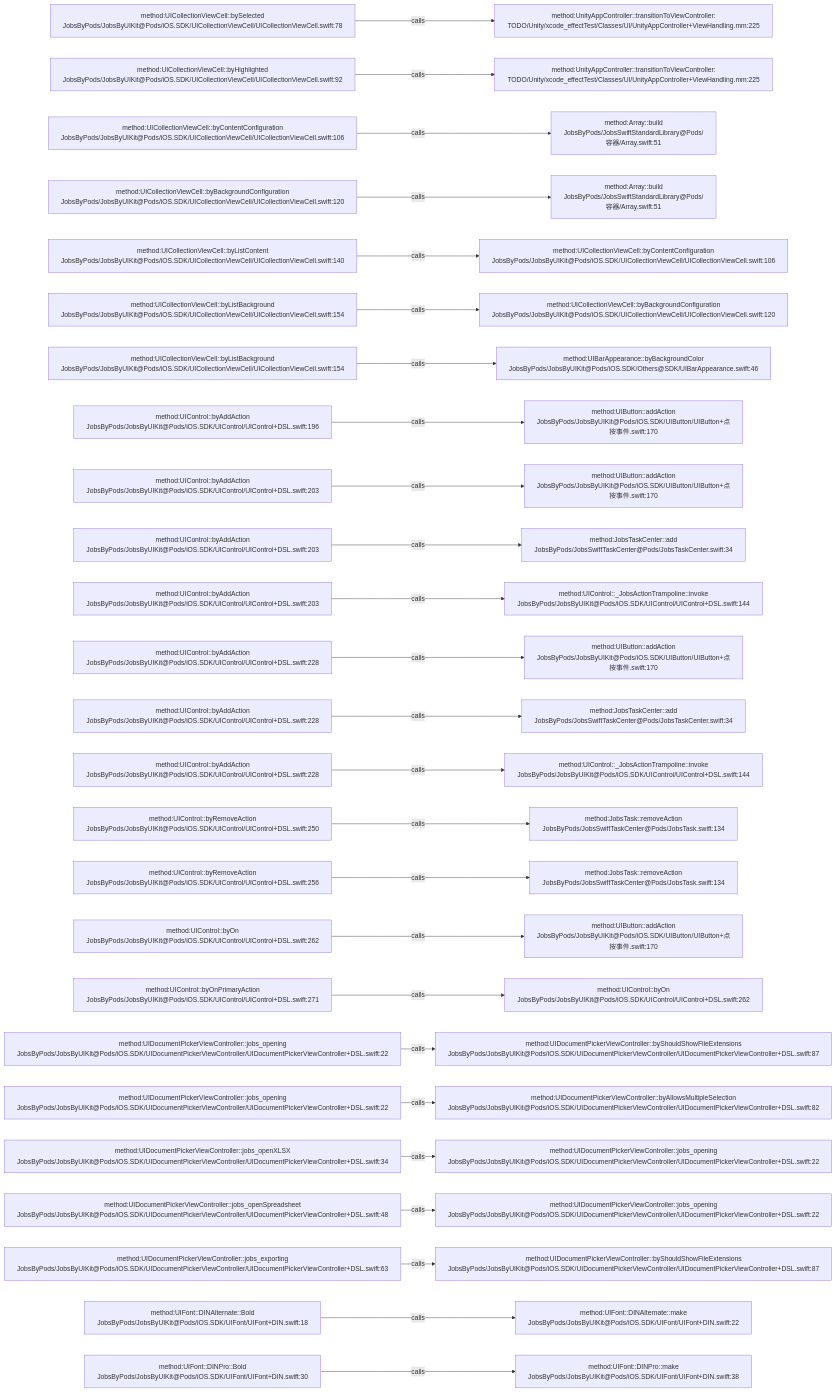
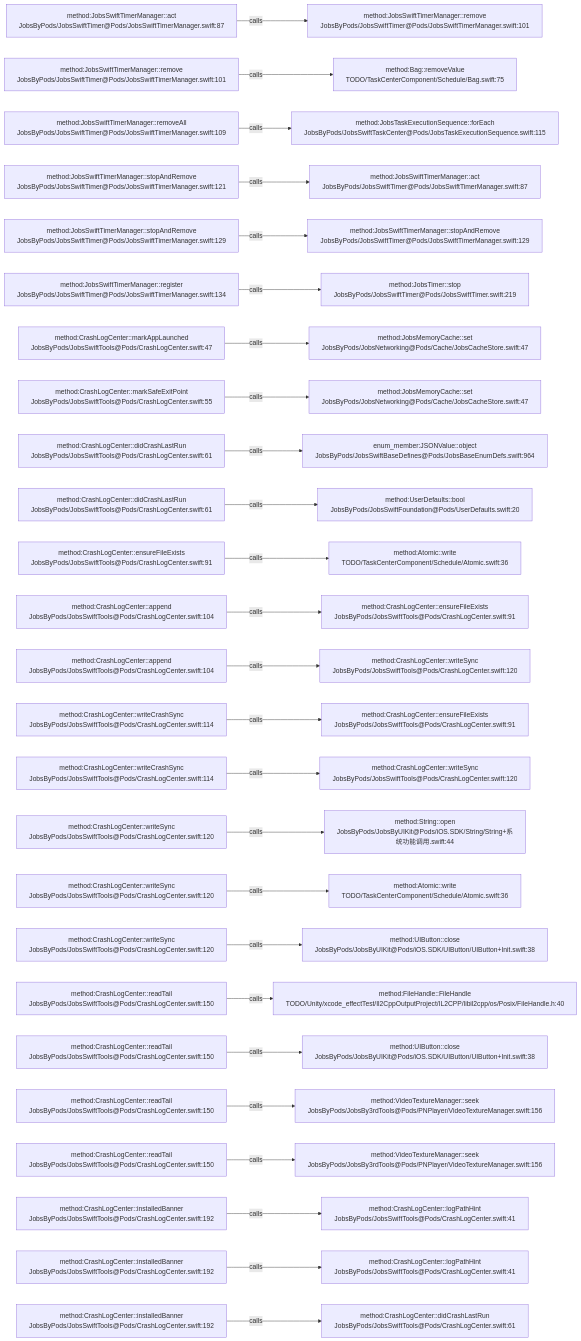
Before and after one commit to JobsKits/JobsSwiftBaseConfigDemo: the diagram in .codegraph/codegraph.md/graphs/calls-062.md, drawn with Mermaid. The commit also changed 569 other files, not shown here.

````diff
--- a/.codegraph/codegraph.md/graphs/calls-062.md
+++ b/.codegraph/codegraph.md/graphs/calls-062.md
@@ -13,78 +13,78 @@
 ```mermaid
 flowchart LR
-  S1["method:UICollectionViewCell::bySelected<br/>JobsByPods/JobsByUIKit@Pods/iOS.SDK/UICollectionViewCell/UICollectionViewCell.swift:78"]
-  T1["method:UnityAppController::transitionToViewController:<br/>TODO/Unity/xcode_effectTest/Classes/UI/UnityAppController+ViewHandling.mm:225"]
+  S1["method:JobsSwiftTimerManager::act<br/>JobsByPods/JobsSwiftTimer@Pods/JobsSwiftTimerManager.swift:87"]
+  T1["method:JobsSwiftTimerManager::remove<br/>JobsByPods/JobsSwiftTimer@Pods/JobsSwiftTimerManager.swift:101"]
   S1 -->|calls| T1
-  S2["method:UICollectionViewCell::byHighlighted<br/>JobsByPods/JobsByUIKit@Pods/iOS.SDK/UICollectionViewCell/UICollectionViewCell.swift:92"]
-  T2["method:UnityAppController::transitionToViewController:<br/>TODO/Unity/xcode_effectTest/Classes/UI/UnityAppController+ViewHandling.mm:225"]
+  S2["method:JobsSwiftTimerManager::remove<br/>JobsByPods/JobsSwiftTimer@Pods/JobsSwiftTimerManager.swift:101"]
+  T2["method:Bag::removeValue<br/>TODO/TaskCenterComponent/Schedule/Bag.swift:75"]
   S2 -->|calls| T2
-  S3["method:UICollectionViewCell::byContentConfiguration<br/>JobsByPods/JobsByUIKit@Pods/iOS.SDK/UICollectionViewCell/UICollectionViewCell.swift:106"]
-  T3["method:Array::build<br/>JobsByPods/JobsSwiftStandardLibrary@Pods/容器/Array.swift:51"]
+  S3["method:JobsSwiftTimerManager::removeAll<br/>JobsByPods/JobsSwiftTimer@Pods/JobsSwiftTimerManager.swift:109"]
+  T3["method:JobsTaskExecutionSequence::forEach<br/>JobsByPods/JobsSwiftTaskCenter@Pods/JobsTaskExecutionSequence.swift:115"]
   S3 -->|calls| T3
-  S4["method:UICollectionViewCell::byBackgroundConfiguration<br/>JobsByPods/JobsByUIKit@Pods/iOS.SDK/UICollectionViewCell/UICollectionViewCell.swift:120"]
-  T4["method:Array::build<br/>JobsByPods/JobsSwiftStandardLibrary@Pods/容器/Array.swift:51"]
+  S4["method:JobsSwiftTimerManager::stopAndRemove<br/>JobsByPods/JobsSwiftTimer@Pods/JobsSwiftTimerManager.swift:121"]
+  T4["method:JobsSwiftTimerManager::act<br/>JobsByPods/JobsSwiftTimer@Pods/JobsSwiftTimerManager.swift:87"]
   S4 -->|calls| T4
-  S5["method:UICollectionViewCell::byListContent<br/>JobsByPods/JobsByUIKit@Pods/iOS.SDK/UICollectionViewCell/UICollectionViewCell.swift:140"]
-  T5["method:UICollectionViewCell::byContentConfiguration<br/>JobsByPods/JobsByUIKit@Pods/iOS.SDK/UICollectionViewCell/UICollectionViewCell.swift:106"]
+  S5["method:JobsSwiftTimerManager::stopAndRemove<br/>JobsByPods/JobsSwiftTimer@Pods/JobsSwiftTimerManager.swift:129"]
+  T5["method:JobsSwiftTimerManager::stopAndRemove<br/>JobsByPods/JobsSwiftTimer@Pods/JobsSwiftTimerManager.swift:129"]
   S5 -->|calls| T5
-  S6["method:UICollectionViewCell::byListBackground<br/>JobsByPods/JobsByUIKit@Pods/iOS.SDK/UICollectionViewCell/UICollectionViewCell.swift:154"]
-  T6["method:UICollectionViewCell::byBackgroundConfiguration<br/>JobsByPods/JobsByUIKit@Pods/iOS.SDK/UICollectionViewCell/UICollectionViewCell.swift:120"]
+  S6["method:JobsSwiftTimerManager::register<br/>JobsByPods/JobsSwiftTimer@Pods/JobsSwiftTimerManager.swift:134"]
+  T6["method:JobsTimer::stop<br/>JobsByPods/JobsSwiftTimer@Pods/JobsSwiftTimer.swift:219"]
   S6 -->|calls| T6
-  S7["method:UICollectionViewCell::byListBackground<br/>JobsByPods/JobsByUIKit@Pods/iOS.SDK/UICollectionViewCell/UICollectionViewCell.swift:154"]
-  T7["method:UIBarAppearance::byBackgroundColor<br/>JobsByPods/JobsByUIKit@Pods/iOS.SDK/Others@SDK/UIBarAppearance.swift:46"]
+  S7["method:CrashLogCenter::markAppLaunched<br/>JobsByPods/JobsSwiftTools@Pods/CrashLogCenter.swift:47"]
+  T7["method:JobsMemoryCache::set<br/>JobsByPods/JobsNetworking@Pods/Cache/JobsCacheStore.swift:47"]
   S7 -->|calls| T7
-  S8["method:UIControl::byAddAction<br/>JobsByPods/JobsByUIKit@Pods/iOS.SDK/UIControl/UIControl+DSL.swift:196"]
-  T8["method:UIButton::addAction<br/>JobsByPods/JobsByUIKit@Pods/iOS.SDK/UIButton/UIButton+点按事件.swift:170"]
+  S8["method:CrashLogCenter::markSafeExitPoint<br/>JobsByPods/JobsSwiftTools@Pods/CrashLogCenter.swift:55"]
+  T8["method:JobsMemoryCache::set<br/>JobsByPods/JobsNetworking@Pods/Cache/JobsCacheStore.swift:47"]
   S8 -->|calls| T8
-  S9["method:UIControl::byAddAction<br/>JobsByPods/JobsByUIKit@Pods/iOS.SDK/UIControl/UIControl+DSL.swift:203"]
-  T9["method:UIButton::addAction<br/>JobsByPods/JobsByUIKit@Pods/iOS.SDK/UIButton/UIButton+点按事件.swift:170"]
+  S9["method:CrashLogCenter::didCrashLastRun<br/>JobsByPods/JobsSwiftTools@Pods/CrashLogCenter.swift:61"]
+  T9["enum_member:JSONValue::object<br/>JobsByPods/JobsSwiftBaseDefines@Pods/JobsBaseEnumDefs.swift:964"]
   S9 -->|calls| T9
-  S10["method:UIControl::byAddAction<br/>JobsByPods/JobsByUIKit@Pods/iOS.SDK/UIControl/UIControl+DSL.swift:203"]
-  T10["method:JobsTaskCenter::add<br/>JobsByPods/JobsSwiftTaskCenter@Pods/JobsTaskCenter.swift:34"]
+  S10["method:CrashLogCenter::didCrashLastRun<br/>JobsByPods/JobsSwiftTools@Pods/CrashLogCenter.swift:61"]
+  T10["method:UserDefaults::bool<br/>JobsByPods/JobsSwiftFoundation@Pods/UserDefaults.swift:20"]
   S10 -->|calls| T10
-  S11["method:UIControl::byAddAction<br/>JobsByPods/JobsByUIKit@Pods/iOS.SDK/UIControl/UIControl+DSL.swift:203"]
-  T11["method:UIControl::_JobsActionTrampoline::invoke<br/>JobsByPods/JobsByUIKit@Pods/iOS.SDK/UIControl/UIControl+DSL.swift:144"]
+  S11["method:CrashLogCenter::ensureFileExists<br/>JobsByPods/JobsSwiftTools@Pods/CrashLogCenter.swift:91"]
+  T11["method:Atomic::write<br/>TODO/TaskCenterComponent/Schedule/Atomic.swift:36"]
   S11 -->|calls| T11
-  S12["method:UIControl::byAddAction<br/>JobsByPods/JobsByUIKit@Pods/iOS.SDK/UIControl/UIControl+DSL.swift:228"]
-  T12["method:UIButton::addAction<br/>JobsByPods/JobsByUIKit@Pods/iOS.SDK/UIButton/UIButton+点按事件.swift:170"]
+  S12["method:CrashLogCenter::append<br/>JobsByPods/JobsSwiftTools@Pods/CrashLogCenter.swift:104"]
+  T12["method:CrashLogCenter::ensureFileExists<br/>JobsByPods/JobsSwiftTools@Pods/CrashLogCenter.swift:91"]
   S12 -->|calls| T12
-  S13["method:UIControl::byAddAction<br/>JobsByPods/JobsByUIKit@Pods/iOS.SDK/UIControl/UIControl+DSL.swift:228"]
-  T13["method:JobsTaskCenter::add<br/>JobsByPods/JobsSwiftTaskCenter@Pods/JobsTaskCenter.swift:34"]
+  S13["method:CrashLogCenter::append<br/>JobsByPods/JobsSwiftTools@Pods/CrashLogCenter.swift:104"]
+  T13["method:CrashLogCenter::writeSync<br/>JobsByPods/JobsSwiftTools@Pods/CrashLogCenter.swift:120"]
   S13 -->|calls| T13
-  S14["method:UIControl::byAddAction<br/>JobsByPods/JobsByUIKit@Pods/iOS.SDK/UIControl/UIControl+DSL.swift:228"]
-  T14["method:UIControl::_JobsActionTrampoline::invoke<br/>JobsByPods/JobsByUIKit@Pods/iOS.SDK/UIControl/UIControl+DSL.swift:144"]
+  S14["method:CrashLogCenter::writeCrashSync<br/>JobsByPods/JobsSwiftTools@Pods/CrashLogCenter.swift:114"]
+  T14["method:CrashLogCenter::ensureFileExists<br/>JobsByPods/JobsSwiftTools@Pods/CrashLogCenter.swift:91"]
   S14 -->|calls| T14
-  S15["method:UIControl::byRemoveAction<br/>JobsByPods/JobsByUIKit@Pods/iOS.SDK/UIControl/UIControl+DSL.swift:250"]
-  T15["method:JobsTask::removeAction<br/>JobsByPods/JobsSwiftTaskCenter@Pods/JobsTask.swift:134"]
+  S15["method:CrashLogCenter::writeCrashSync<br/>JobsByPods/JobsSwiftTools@Pods/CrashLogCenter.swift:114"]
+  T15["method:CrashLogCenter::writeSync<br/>JobsByPods/JobsSwiftTools@Pods/CrashLogCenter.swift:120"]
   S15 -->|calls| T15
-  S16["method:UIControl::byRemoveAction<br/>JobsByPods/JobsByUIKit@Pods/iOS.SDK/UIControl/UIControl+DSL.swift:256"]
-  T16["method:JobsTask::removeAction<br/>JobsByPods/JobsSwiftTaskCenter@Pods/JobsTask.swift:134"]
+  S16["method:CrashLogCenter::writeSync<br/>JobsByPods/JobsSwiftTools@Pods/CrashLogCenter.swift:120"]
+  T16["method:String::open<br/>JobsByPods/JobsByUIKit@Pods/iOS.SDK/String/String+系统功能调用.swift:44"]
   S16 -->|calls| T16
-  S17["method:UIControl::byOn<br/>JobsByPods/JobsByUIKit@Pods/iOS.SDK/UIControl/UIControl+DSL.swift:262"]
-  T17["method:UIButton::addAction<br/>JobsByPods/JobsByUIKit@Pods/iOS.SDK/UIButton/UIButton+点按事件.swift:170"]
+  S17["method:CrashLogCenter::writeSync<br/>JobsByPods/JobsSwiftTools@Pods/CrashLogCenter.swift:120"]
+  T17["method:Atomic::write<br/>TODO/TaskCenterComponent/Schedule/Atomic.swift:36"]
   S17 -->|calls| T17
-  S18["method:UIControl::byOnPrimaryAction<br/>JobsByPods/JobsByUIKit@Pods/iOS.SDK/UIControl/UIControl+DSL.swift:271"]
-  T18["method:UIControl::byOn<br/>JobsByPods/JobsByUIKit@Pods/iOS.SDK/UIControl/UIControl+DSL.swift:262"]
+  S18["method:CrashLogCenter::writeSync<br/>JobsByPods/JobsSwiftTools@Pods/CrashLogCenter.swift:120"]
+  T18["method:UIButton::close<br/>JobsByPods/JobsByUIKit@Pods/iOS.SDK/UIButton/UIButton+Init.swift:38"]
   S18 -->|calls| T18
-  S19["method:UIDocumentPickerViewController::jobs_opening<br/>JobsByPods/JobsByUIKit@Pods/iOS.SDK/UIDocumentPickerViewController/UIDocumentPickerViewController+DSL.swift:22"]
-  T19["method:UIDocumentPickerViewController::byShouldShowFileExtensions<br/>JobsByPods/JobsByUIKit@Pods/iOS.SDK/UIDocumentPickerViewController/UIDocumentPickerViewController+DSL.swift:87"]
+  S19["method:CrashLogCenter::readTail<br/>JobsByPods/JobsSwiftTools@Pods/CrashLogCenter.swift:150"]
+  T19["method:FileHandle::FileHandle<br/>TODO/Unity/xcode_effectTest/Il2CppOutputProject/IL2CPP/libil2cpp/os/Posix/FileHandle.h:40"]
   S19 -->|calls| T19
-  S20["method:UIDocumentPickerViewController::jobs_opening<br/>JobsByPods/JobsByUIKit@Pods/iOS.SDK/UIDocumentPickerViewController/UIDocumentPickerViewController+DSL.swift:22"]
-  T20["method:UIDocumentPickerViewController::byAllowsMultipleSelection<br/>JobsByPods/JobsByUIKit@Pods/iOS.SDK/UIDocumentPickerViewController/UIDocumentPickerViewController+DSL.swift:82"]
+  S20["method:CrashLogCenter::readTail<br/>JobsByPods/JobsSwiftTools@Pods/CrashLogCenter.swift:150"]
+  T20["method:UIButton::close<br/>JobsByPods/JobsByUIKit@Pods/iOS.SDK/UIButton/UIButton+Init.swift:38"]
   S20 -->|calls| T20
-  S21["method:UIDocumentPickerViewController::jobs_openXLSX<br/>JobsByPods/JobsByUIKit@Pods/iOS.SDK/UIDocumentPickerViewController/UIDocumentPickerViewController+DSL.swift:34"]
-  T21["method:UIDocumentPickerViewController::jobs_opening<br/>JobsByPods/JobsByUIKit@Pods/iOS.SDK/UIDocumentPickerViewController/UIDocumentPickerViewController+DSL.swift:22"]
+  S21["method:CrashLogCenter::readTail<br/>JobsByPods/JobsSwiftTools@Pods/CrashLogCenter.swift:150"]
+  T21["method:VideoTextureManager::seek<br/>JobsByPods/JobsBy3rdTools@Pods/PNPlayer/VideoTextureManager.swift:156"]
   S21 -->|calls| T21
-  S22["method:UIDocumentPickerViewController::jobs_openSpreadsheet<br/>JobsByPods/JobsByUIKit@Pods/iOS.SDK/UIDocumentPickerViewController/UIDocumentPickerViewController+DSL.swift:48"]
-  T22["method:UIDocumentPickerViewController::jobs_opening<br/>JobsByPods/JobsByUIKit@Pods/iOS.SDK/UIDocumentPickerViewController/UIDocumentPickerViewController+DSL.swift:22"]
+  S22["method:CrashLogCenter::readTail<br/>JobsByPods/JobsSwiftTools@Pods/CrashLogCenter.swift:150"]
+  T22["method:VideoTextureManager::seek<br/>JobsByPods/JobsBy3rdTools@Pods/PNPlayer/VideoTextureManager.swift:156"]
   S22 -->|calls| T22
-  S23["method:UIDocumentPickerViewController::jobs_exporting<br/>JobsByPods/JobsByUIKit@Pods/iOS.SDK/UIDocumentPickerViewController/UIDocumentPickerViewController+DSL.swift:63"]
-  T23["method:UIDocumentPickerViewController::byShouldShowFileExtensions<br/>JobsByPods/JobsByUIKit@Pods/iOS.SDK/UIDocumentPickerViewController/UIDocumentPickerViewController+DSL.swift:87"]
+  S23["method:CrashLogCenter::installedBanner<br/>JobsByPods/JobsSwiftTools@Pods/CrashLogCenter.swift:192"]
+  T23["method:CrashLogCenter::logPathHint<br/>JobsByPods/JobsSwiftTools@Pods/CrashLogCenter.swift:41"]
   S23 -->|calls| T23
-  S24["method:UIFont::DINAlternate::Bold<br/>JobsByPods/JobsByUIKit@Pods/iOS.SDK/UIFont/UIFont+DIN.swift:18"]
-  T24["method:UIFont::DINAlternate::make<br/>JobsByPods/JobsByUIKit@Pods/iOS.SDK/UIFont/UIFont+DIN.swift:22"]
+  S24["method:CrashLogCenter::installedBanner<br/>JobsByPods/JobsSwiftTools@Pods/CrashLogCenter.swift:192"]
+  T24["method:CrashLogCenter::logPathHint<br/>JobsByPods/JobsSwiftTools@Pods/CrashLogCenter.swift:41"]
   S24 -->|calls| T24
-  S25["method:UIFont::DINPro::Bold<br/>JobsByPods/JobsByUIKit@Pods/iOS.SDK/UIFont/UIFont+DIN.swift:30"]
-  T25["method:UIFont::DINPro::make<br/>JobsByPods/JobsByUIKit@Pods/iOS.SDK/UIFont/UIFont+DIN.swift:38"]
+  S25["method:CrashLogCenter::installedBanner<br/>JobsByPods/JobsSwiftTools@Pods/CrashLogCenter.swift:192"]
+  T25["method:CrashLogCenter::didCrashLastRun<br/>JobsByPods/JobsSwiftTools@Pods/CrashLogCenter.swift:61"]
   S25 -->|calls| T25
 ```
````
